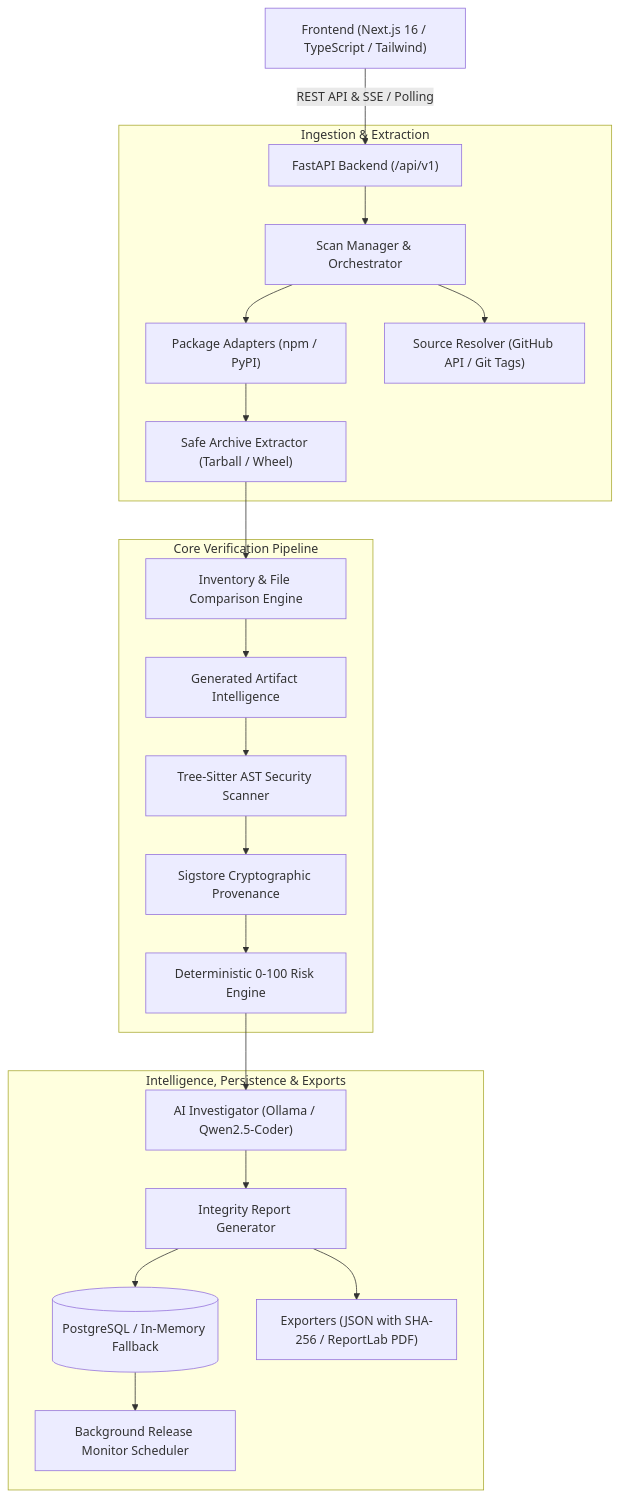
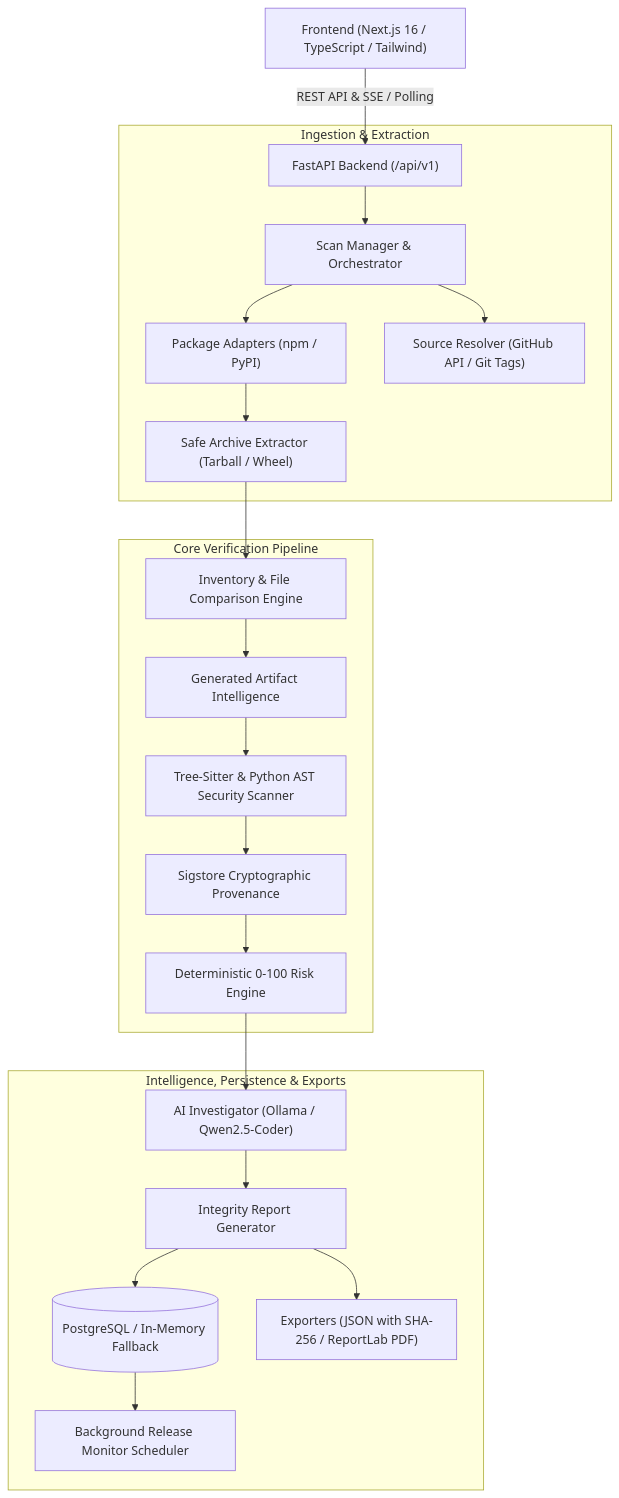
Before and after one commit to ManshaAgarwal716/Veritor: the diagram in docs/architecture.md, drawn with Mermaid. The commit also changed other lines of this file and 4 other files, not shown here.

First line of the commit message:
feat(analysis): implement native Python AST security scanner (SEC-01)

````diff
--- a/docs/architecture.md
+++ b/docs/architecture.md
@@ -11,27 +11,27 @@
 ```mermaid
 flowchart TD
     UI["Frontend (Next.js 16 / TypeScript / Tailwind)"] -->|REST API & SSE / Polling| API["FastAPI Backend (/api/v1)"]
     
     subgraph "Ingestion & Extraction"
         API --> MGR["Scan Manager & Orchestrator"]
         MGR --> ADAPT["Package Adapters (npm / PyPI)"]
         MGR --> RES["Source Resolver (GitHub API / Git Tags)"]
         ADAPT --> EXT["Safe Archive Extractor (Tarball / Wheel)"]
     end
 
     subgraph "Core Verification Pipeline"
         EXT --> COMP["Inventory & File Comparison Engine"]
         COMP --> CLASSIFY["Generated Artifact Intelligence"]
-        CLASSIFY --> SCANNER["Tree-Sitter AST Security Scanner"]
+        CLASSIFY --> SCANNER["Tree-Sitter & Python AST Security Scanner"]
         SCANNER --> PROV["Sigstore Cryptographic Provenance"]
         PROV --> RISK["Deterministic 0-100 Risk Engine"]
     end
 
     subgraph "Intelligence, Persistence & Exports"
         RISK --> AI["AI Investigator (Ollama / Qwen2.5-Coder)"]
         AI --> REPORT["Integrity Report Generator"]
         REPORT --> DB[("PostgreSQL / In-Memory Fallback")]
         REPORT --> EXP["Exporters (JSON with SHA-256 / ReportLab PDF)"]
         DB --> SCHED["Background Release Monitor Scheduler"]
     end
 ```
````
